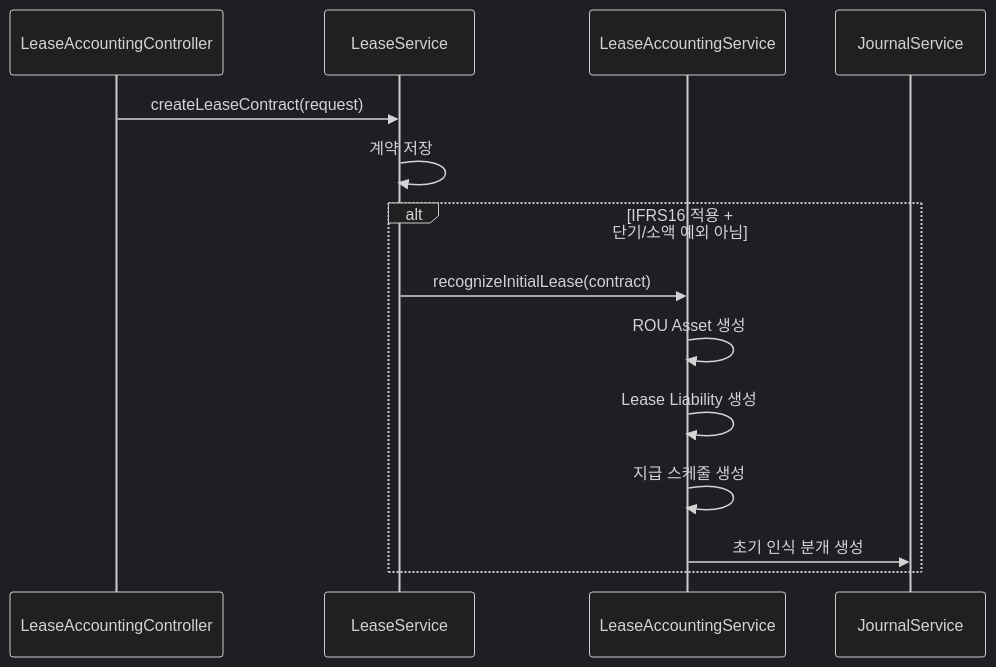
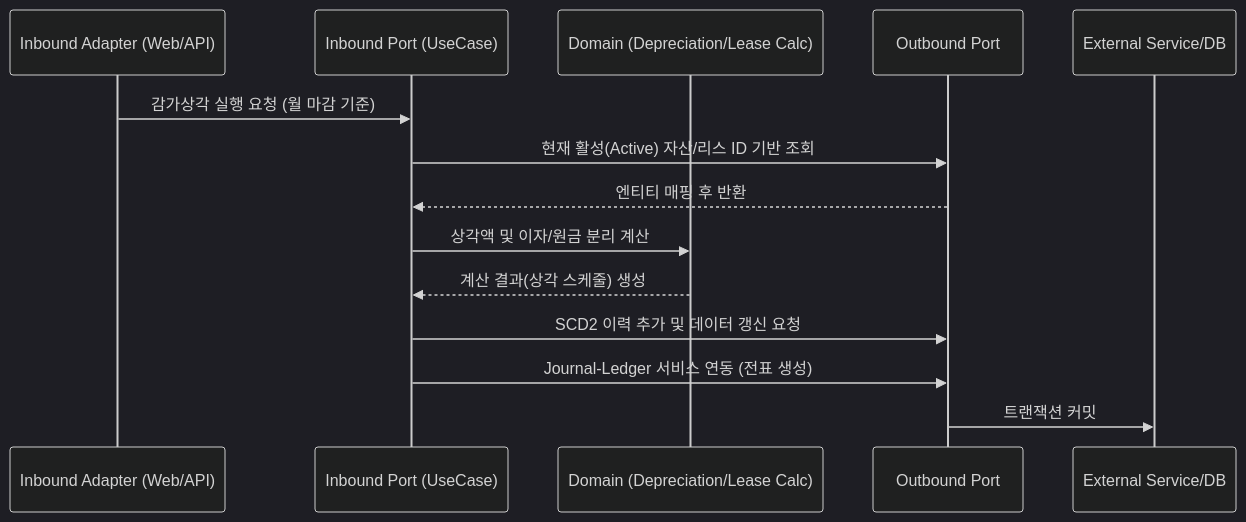
One commit to skyg547/account changed the second of 2 diagrams in asset-lease/docs/process-flow.md. Above: the diagram before and after it, drawn with Mermaid (dark theme). The commit also changed other lines of this file and 94 other files, not shown here.

````diff
--- a/asset-lease/docs/process-flow.md
+++ b/asset-lease/docs/process-flow.md
@@ -77,17 +19,17 @@
 ```mermaid
 sequenceDiagram
-    participant API as LeaseAccountingController
-    participant Lease as LeaseService
-    participant Accounting as LeaseAccountingService
-    participant Journal as JournalService
+    participant API as Inbound Adapter (Web/API)
+    participant UseCase as Inbound Port (UseCase)
+    participant Domain as Domain (Depreciation/Lease Calc)
+    participant OutPort as Outbound Port
+    participant External as External Service/DB
 
-    API->>Lease: createLeaseContract(request)
-    Lease->>Lease: 계약 저장
-    alt IFRS16 적용 + 단기/소액 예외 아님
-        Lease->>Accounting: recognizeInitialLease(contract)
-        Accounting->>Accounting: ROU Asset 생성
-        Accounting->>Accounting: Lease Liability 생성
-        Accounting->>Accounting: 지급 스케줄 생성
-        Accounting->>Journal: 초기 인식 분개 생성
-    end
+    API->>UseCase: 감가상각 실행 요청 (월 마감 기준)
+    UseCase->>OutPort: 현재 활성(Active) 자산/리스 ID 기반 조회
+    OutPort-->>UseCase: 엔티티 매핑 후 반환
+    UseCase->>Domain: 상각액 및 이자/원금 분리 계산
+    Domain-->>UseCase: 계산 결과(상각 스케줄) 생성
+    UseCase->>OutPort: SCD2 이력 추가 및 데이터 갱신 요청
+    UseCase->>OutPort: Journal-Ledger 서비스 연동 (전표 생성)
+    OutPort->>External: 트랜잭션 커밋
 ```
````
